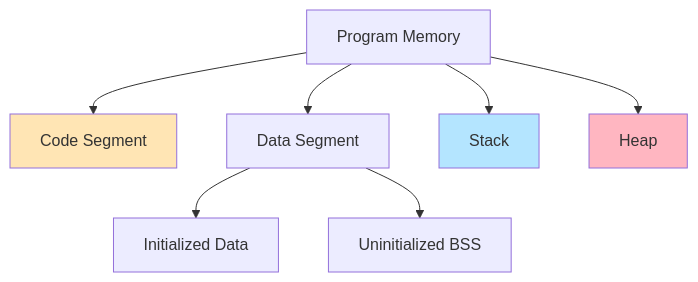
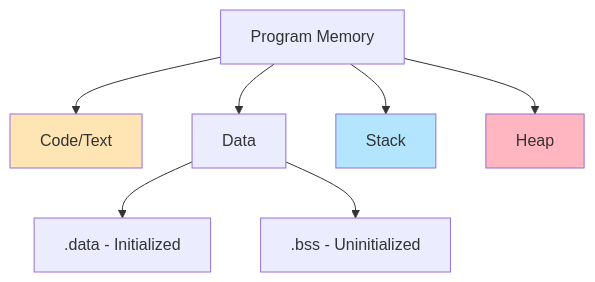
The diagram in docs/programming/cpp/05-memory-and-object-lifetime/memory-model-overview.md (AndriiSonsiadlo/knowledge-base), drawn with Mermaid before and after one commit. The commit also changed other lines of this file and 19 other files, not shown here.

````diff
--- a/docs/programming/cpp/05-memory-and-object-lifetime/memory-model-overview.md
+++ b/docs/programming/cpp/05-memory-and-object-lifetime/memory-model-overview.md
@@ -19,14 +20,14 @@
 ```mermaid
 graph TD
-    A[Program Memory] --> B[Code Segment]
-    A --> C[Data Segment]
+    A[Program Memory] --> B[Code/Text]
+    A --> C[Data]
     A --> D[Stack]
     A --> E[Heap]
     
-    C --> F[Initialized Data]
-    C --> G[Uninitialized BSS]
+    C --> F[.data - Initialized]
+    C --> G[.bss - Uninitialized]
     
     style B fill:#FFE5B4
     style D fill:#B4E5FF
     style E fill:#FFB6C1
 ```
````
